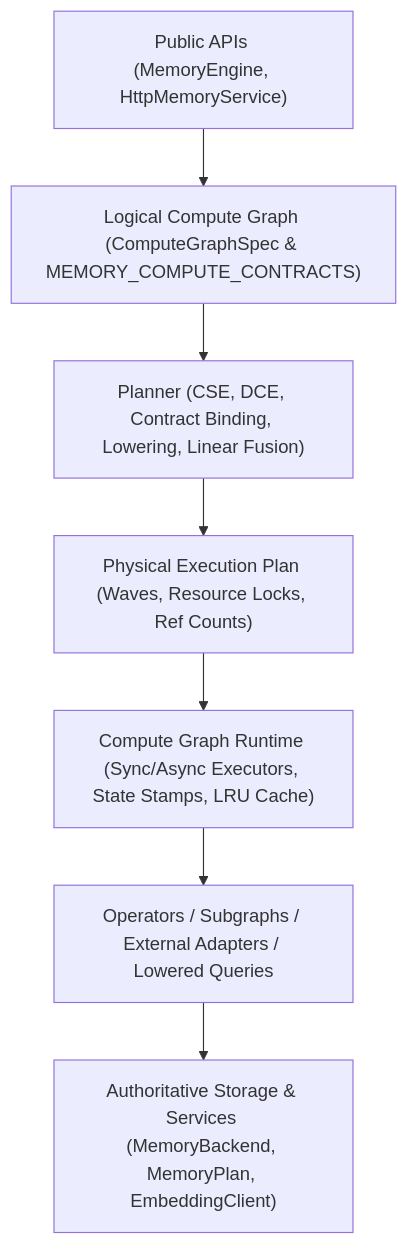
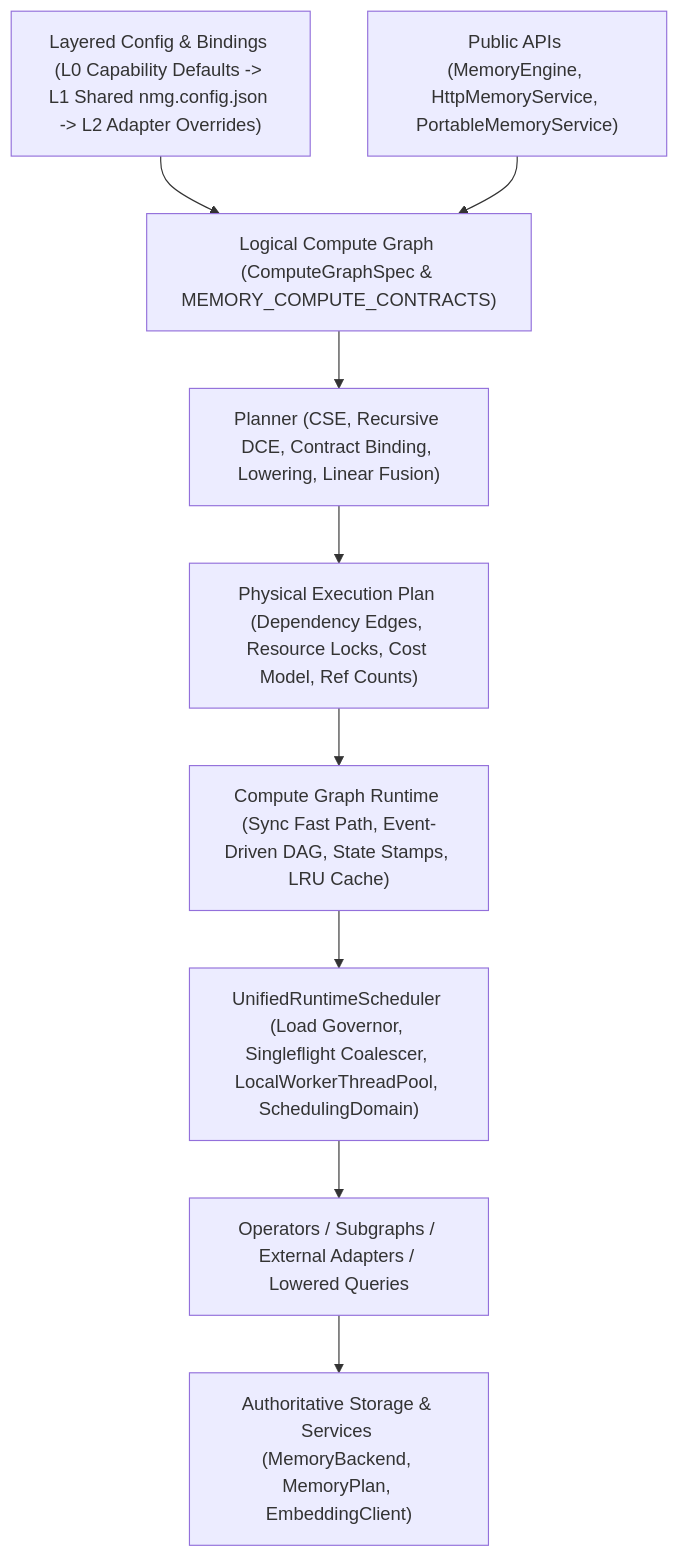
One commit to wefio/NodeMemoryGraph changed the diagram in docs/design/unified-architecture/compute-engine.md. Above: the diagram before and after it, drawn with Mermaid. The commit also changed other lines of this file and 48 other files, not shown here.

First line of the commit message:
feat(runtime,compute): converge public semantics, L0-L1-L2 capability config, and event-driven scheduler

````diff
--- a/docs/design/unified-architecture/compute-engine.md
+++ b/docs/design/unified-architecture/compute-engine.md
@@ -12,9 +12,11 @@
 ```mermaid
 flowchart TB
-  API["Public APIs (MemoryEngine, HttpMemoryService)"] --> Logical["Logical Compute Graph (ComputeGraphSpec & MEMORY_COMPUTE_CONTRACTS)"]
-  Logical --> Planner["Planner (CSE, DCE, Contract Binding, Lowering, Linear Fusion)"]
-  Planner --> Physical["Physical Execution Plan (Waves, Resource Locks, Ref Counts)"]
-  Physical --> Runtime["Compute Graph Runtime (Sync/Async Executors, State Stamps, LRU Cache)"]
-  Runtime --> Realizations["Operators / Subgraphs / External Adapters / Lowered Queries"]
+  Config["Layered Config & Bindings (L0 Capability Defaults -> L1 Shared nmg.config.json -> L2 Adapter Overrides)"] --> Logical
+  API["Public APIs (MemoryEngine, HttpMemoryService, PortableMemoryService)"] --> Logical["Logical Compute Graph (ComputeGraphSpec & MEMORY_COMPUTE_CONTRACTS)"]
+  Logical --> Planner["Planner (CSE, Recursive DCE, Contract Binding, Lowering, Linear Fusion)"]
+  Planner --> Physical["Physical Execution Plan (Dependency Edges, Resource Locks, Cost Model, Ref Counts)"]
+  Physical --> Runtime["Compute Graph Runtime (Sync Fast Path, Event-Driven DAG, State Stamps, LRU Cache)"]
+  Runtime --> Scheduler["UnifiedRuntimeScheduler (Load Governor, Singleflight Coalescer, LocalWorkerThreadPool, SchedulingDomain)"]
+  Scheduler --> Realizations["Operators / Subgraphs / External Adapters / Lowered Queries"]
   Realizations --> Storage["Authoritative Storage & Services (MemoryBackend, MemoryPlan, EmbeddingClient)"]
 ```
````
